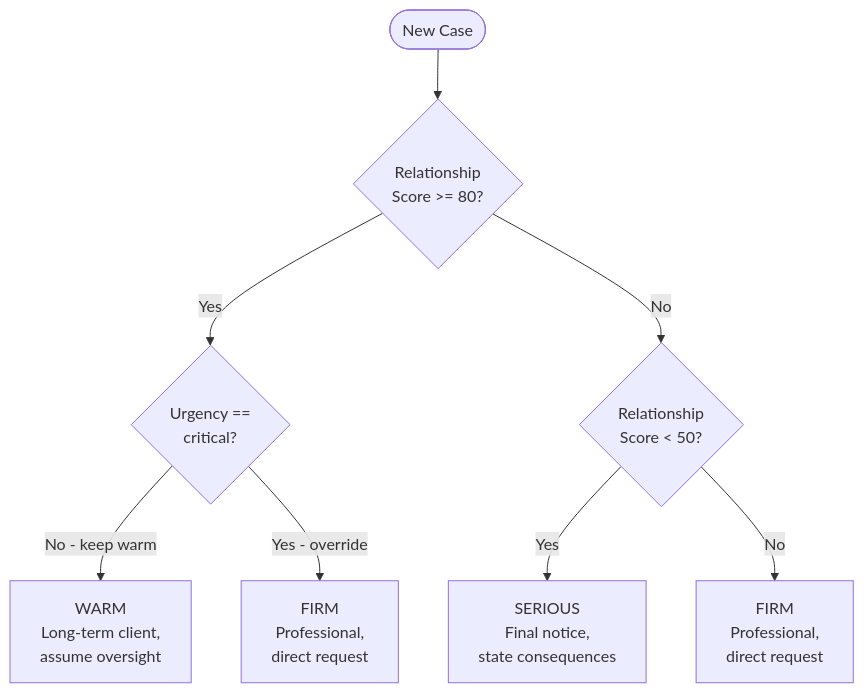
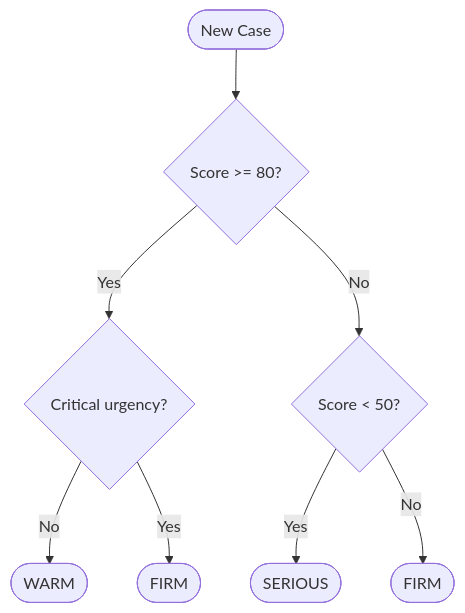
Before and after one commit to sivasundharam/cashguard: the third of 5 diagrams in README.md, drawn with Mermaid. The commit also changed other lines of this file, not shown here.

Commit message:
docs: use short Mermaid labels with explanation tables below each diagram

````diff
--- a/README.md
+++ b/README.md
@@ -59,22 +51,10 @@
 ```mermaid
-%%{init: {"flowchart": {"wrappingWidth": 400}}}%%
 flowchart TD
-    START(["New Case"])
-
-    Q1{"Relationship\nScore >= 80?"}
-    Q2{"Urgency ==\ncritical?"}
-    Q3{"Relationship\nScore < 50?"}
-
-    WARM["WARM\nLong-term client,\nassume oversight"]
-    FIRM1["FIRM\nProfessional,\ndirect request"]
-    FIRM2["FIRM\nProfessional,\ndirect request"]
-    SERIOUS["SERIOUS\nFinal notice,\nstate consequences"]
-
-    START --> Q1
-    Q1 -->|Yes| Q2
-    Q1 -->|No| Q3
-    Q2 -->|No - keep warm| WARM
-    Q2 -->|Yes - override| FIRM1
-    Q3 -->|Yes| SERIOUS
-    Q3 -->|No| FIRM2
+    START(["New Case"]) --> Q1{"Score >= 80?"}
+    Q1 -->|Yes| Q2{"Critical urgency?"}
+    Q1 -->|No| Q3{"Score < 50?"}
+    Q2 -->|No| WARM(["WARM"])
+    Q2 -->|Yes| FIRM1(["FIRM"])
+    Q3 -->|Yes| SERIOUS(["SERIOUS"])
+    Q3 -->|No| FIRM2(["FIRM"])
 ```
````
